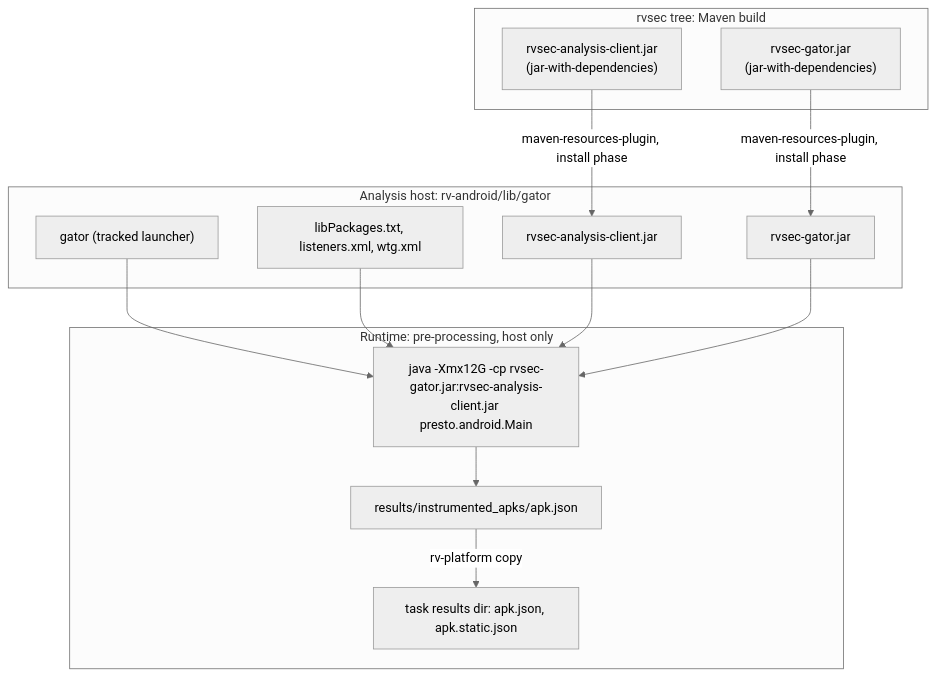
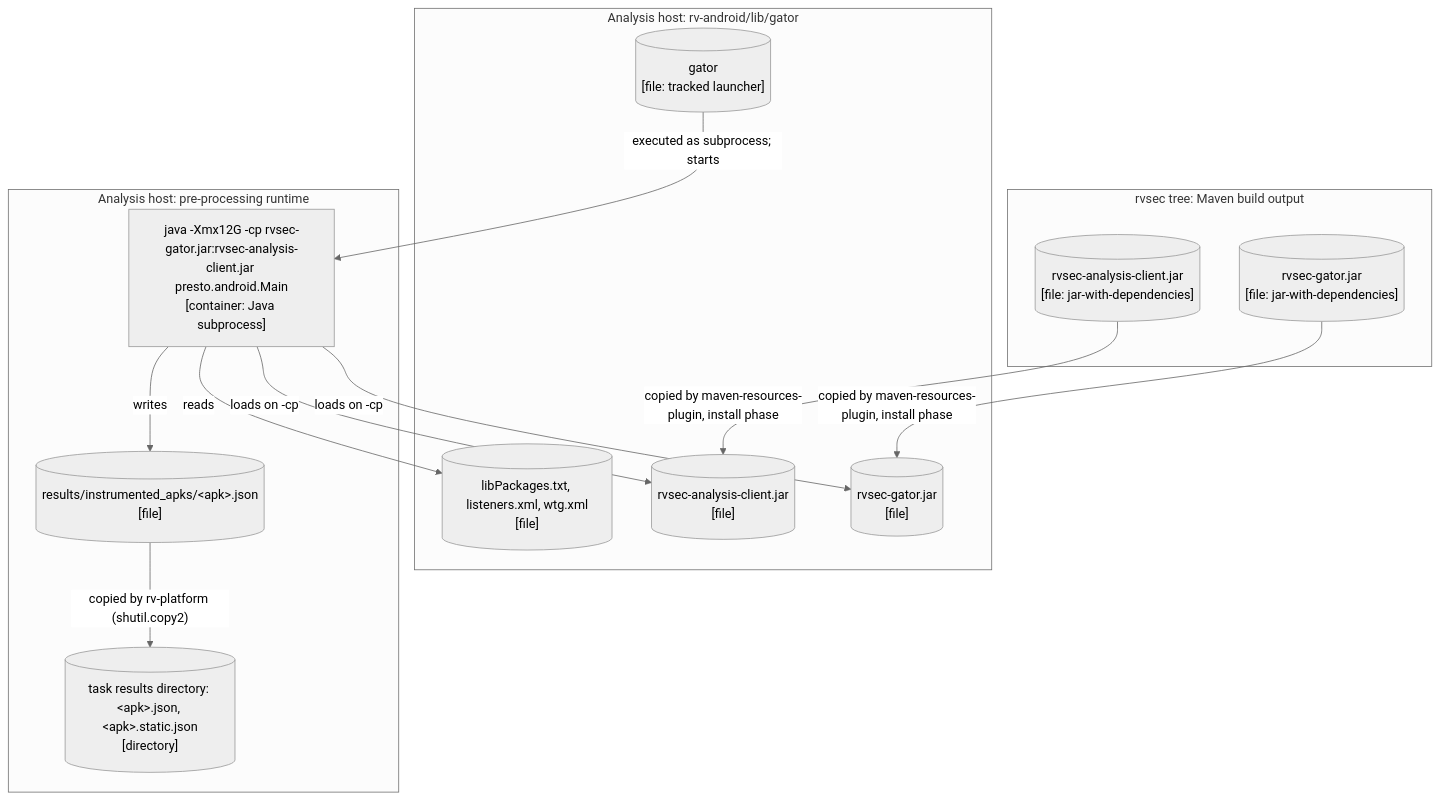
One commit to PAMunb/rvsec changed the sixth of 6 diagrams in rv-android/docs/architecture/static-analysis.md. Above: the diagram before and after it, drawn with Mermaid. The commit also changed other lines of this file and 7 other files, not shown here.

````diff
--- a/rv-android/docs/architecture/static-analysis.md
+++ b/rv-android/docs/architecture/static-analysis.md
@@ -444,27 +542,29 @@
 ```mermaid
 %%{init: {'theme': 'neutral'}}%%
 flowchart TB
-  subgraph build["rvsec tree: Maven build"]
-    clientjar["rvsec-analysis-client.jar<br/>(jar-with-dependencies)"]
-    gatorjar["rvsec-gator.jar<br/>(jar-with-dependencies)"]
+  %% Source: ../rvsec/rvsec-android/rvsec-gator/pom.xml, ../rvsec/rvsec-android/rvsec-gator/client/pom.xml, ../rvsec/rvsec-android/rvsec-gator/sootandroid/pom.xml, lib/gator/, modules/rv-platform/src/rv_platform/components/static_analysis.py
+  %% Omitted: the Python process and the launcher process that start the JVM, and apktool (shown in Diagram 3)
+  subgraph build["rvsec tree: Maven build output"]
+    clientjar[("rvsec-analysis-client.jar<br/>[file: jar-with-dependencies]")]
+    gatorjar[("rvsec-gator.jar<br/>[file: jar-with-dependencies]")]
   end
   subgraph host["Analysis host: rv-android/lib/gator"]
-    launcher2["gator (tracked launcher)"]
-    support["libPackages.txt, listeners.xml, wtg.xml"]
-    dst1["rvsec-analysis-client.jar"]
-    dst2["rvsec-gator.jar"]
+    launcher2[("gator<br/>[file: tracked launcher]")]
+    support[("libPackages.txt, listeners.xml, wtg.xml<br/>[file]")]
+    dst1[("rvsec-analysis-client.jar<br/>[file]")]
+    dst2[("rvsec-gator.jar<br/>[file]")]
   end
-  subgraph run["Runtime: pre-processing, host only"]
-    jvm2["java -Xmx12G -cp rvsec-gator.jar:rvsec-analysis-client.jar presto.android.Main"]
-    out["results/instrumented_apks/apk.json"]
-    task["task results dir: apk.json, apk.static.json"]
+  subgraph run["Analysis host: pre-processing runtime"]
+    jvm2["java -Xmx12G -cp rvsec-gator.jar:rvsec-analysis-client.jar presto.android.Main<br/>[container: Java subprocess]"]
+    out[("results/instrumented_apks/&lt;apk&gt;.json<br/>[file]")]
+    task[("task results directory: &lt;apk&gt;.json, &lt;apk&gt;.static.json<br/>[directory]")]
   end
-  clientjar -->|maven-resources-plugin, install phase| dst1
-  gatorjar -->|maven-resources-plugin, install phase| dst2
-  launcher2 --> jvm2
-  support --> jvm2
-  dst1 --> jvm2
-  dst2 --> jvm2
-  jvm2 --> out
-  out -->|rv-platform copy| task
+  clientjar -->|"copied by maven-resources-plugin, install phase"| dst1
+  gatorjar -->|"copied by maven-resources-plugin, install phase"| dst2
+  launcher2 -->|"executed as subprocess; starts"| jvm2
+  jvm2 -->|"reads"| support
+  jvm2 -->|"loads on -cp"| dst1
+  jvm2 -->|"loads on -cp"| dst2
+  jvm2 -->|"writes"| out
+  out -->|"copied by rv-platform (shutil.copy2)"| task
 ```
````
